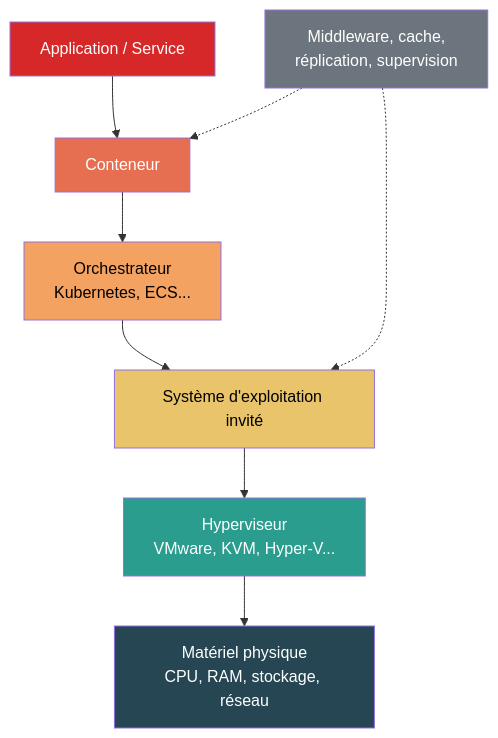
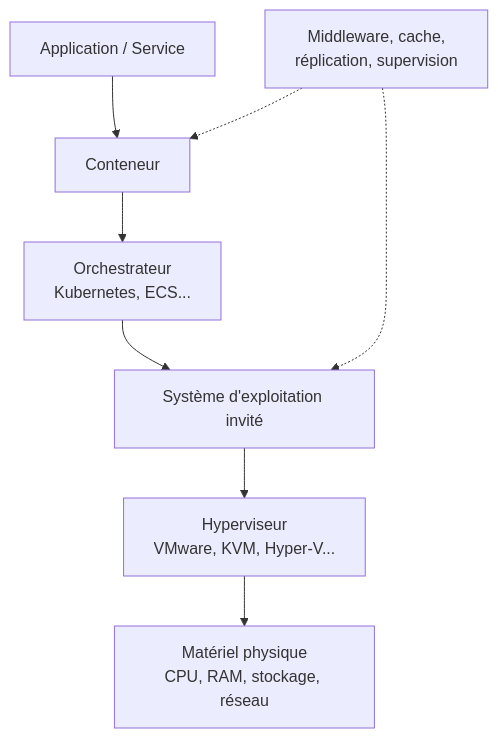
One commit to digital4better/methodology changed the diagram in docs/regles/prise-en-compte-des-couches-logicielles-et-de-la-virtualisation.md. Above: the diagram before and after it, drawn with Mermaid. The commit also changed other lines of this file and 193 other files, not shown here.

````diff
--- a/docs/regles/prise-en-compte-des-couches-logicielles-et-de-la-virtualisation.md
+++ b/docs/regles/prise-en-compte-des-couches-logicielles-et-de-la-virtualisation.md
@@ -13,19 +13,19 @@
 ```mermaid
 flowchart TD
     APP[Application / Service] --> CTN[Conteneur]
     CTN --> ORCH[Orchestrateur<br>Kubernetes, ECS...]
     ORCH --> OS[Système d'exploitation invité]
     OS --> HYP[Hyperviseur<br>VMware, KVM, Hyper-V...]
     HYP --> HW[Matériel physique<br>CPU, RAM, stockage, réseau]
 
     MW[Middleware, cache,<br>réplication, supervision] -.-> CTN
     MW -.-> OS
 
-    style HW fill:#264653,color:#fff
-    style HYP fill:#2a9d8f,color:#fff
-    style OS fill:#e9c46a,color:#000
-    style ORCH fill:#f4a261,color:#000
-    style CTN fill:#e76f51,color:#fff
-    style APP fill:#d62828,color:#fff
-    style MW fill:#6c757d,color:#fff
+    class HW d4b-navy
+    class HYP d4b-blue
+    class OS d4b-sand
+    class ORCH d4b-rose
+    class CTN d4b-coral
+    class APP d4b-coral
+    class MW d4b-slate
 ```
````
